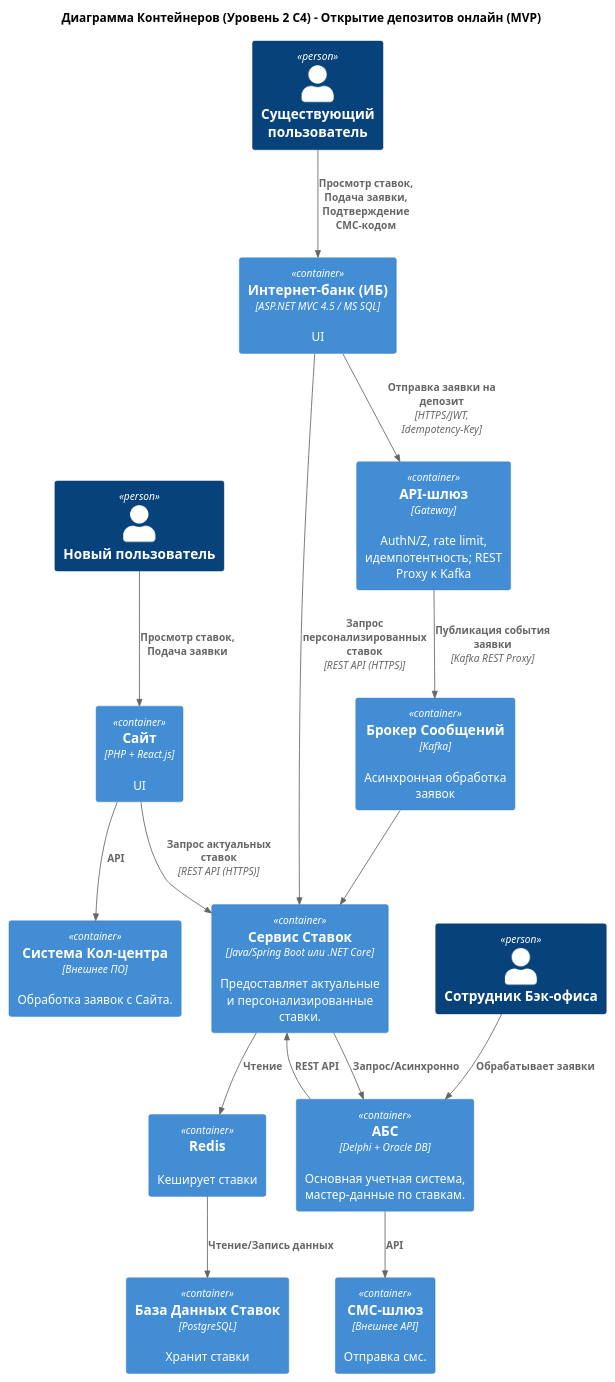
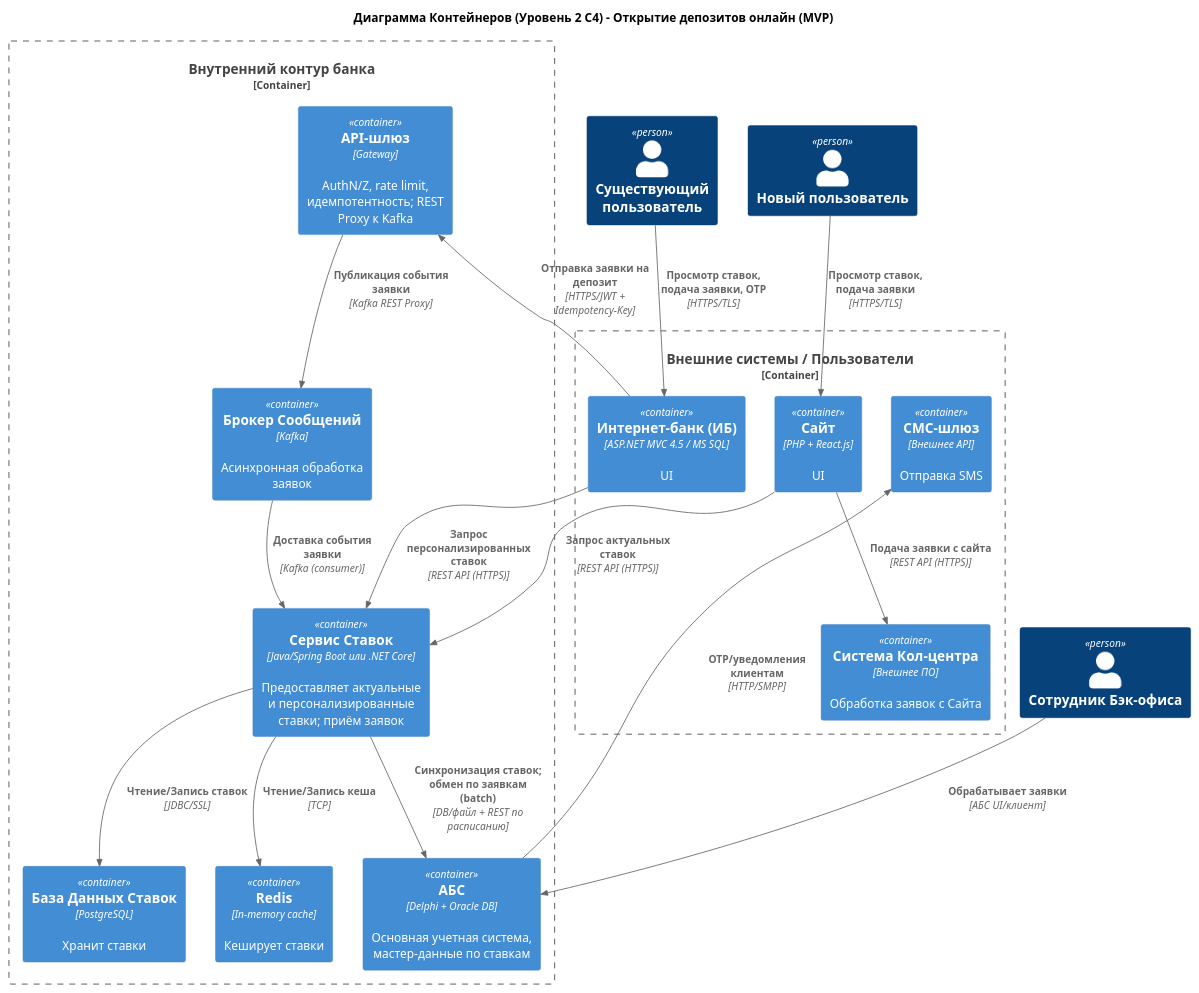
The diagram in task3/Containers.puml (dmitryVargin/acrhitecture-pro-stakeholders), drawn with PlantUML before and after one commit. The commit also changed 2 other files, not shown here.

```diff
--- a/task3/Containers.puml
+++ b/task3/Containers.puml
@@ -2,43 +2,49 @@
 @startuml Containers
 !include https://raw.githubusercontent.com/plantuml-stdlib/C4-PlantUML/master/C4_Container.puml
 
 
 title Диаграмма Контейнеров (Уровень 2 C4) - Открытие депозитов онлайн (MVP)
 
 Person(new_user, "Новый пользователь")
 Person(nexisting_user, "Существующий пользователь")
 Person(bo_manager, "Сотрудник Бэк-офиса")
 
-
-Container(website, "Сайт", "PHP + React.js", "UI")
-Container(ib, "Интернет-банк (ИБ)", "ASP.NET MVC 4.5 / MS SQL","UI")
-Container(abs, "АБС", "Delphi + Oracle DB", "Основная учетная система, мастер-данные по ставкам.")
-Container(scc, "Система Кол-центра", "Внешнее ПО", "Обработка заявок с Сайта.")
-Container(sms_gateway, "СМС-шлюз", "Внешнее API", "Отправка смс.")
-Container(rates_service, "Сервис Ставок", "Java/Spring Boot или .NET Core", "Предоставляет актуальные и персонализированные ставки.")
-Container(rates_db, "База Данных Ставок", "PostgreSQL", "Хранит ставки")
-Container(redis, "Redis", , "Кеширует ставки")
-Container(kafka, "Брокер Сообщений", "Kafka", "Асинхронная обработка заявок")
-Container(api_gateway, "API-шлюз", "Gateway", "AuthN/Z, rate limit, идемпотентность; REST Proxy к Kafka")
+' Границы доверия
+Container_Boundary(ext, "Внешние системы / Пользователи") {
+  Container(website, "Сайт", "PHP + React.js", "UI")
+  Container(ib, "Интернет-банк (ИБ)", "ASP.NET MVC 4.5 / MS SQL","UI")
+  Container(scc, "Система Кол-центра", "Внешнее ПО", "Обработка заявок с Сайта")
+  Container(sms_gateway, "СМС-шлюз", "Внешнее API", "Отправка SMS")
+}
 
 
-Rel(new_user, website, "Просмотр ставок, Подача заявки")
-Rel(nexisting_user, ib, "Просмотр ставок, Подача заявки, Подтверждение СМС-кодом")
-Rel(bo_manager, abs, "Обрабатывает заявки")
+Container_Boundary(internal, "Внутренний контур банка") {
+  Container(api_gateway, "API-шлюз", "Gateway", "AuthN/Z, rate limit, идемпотентность; REST Proxy к Kafka")
+  Container(kafka, "Брокер Сообщений", "Kafka", "Асинхронная обработка заявок")
+
+  Container(rates_service, "Сервис Ставок", "Java/Spring Boot или .NET Core", "Предоставляет актуальные и персонализированные ставки; приём заявок")
+  Container(rates_db, "База Данных Ставок", "PostgreSQL", "Хранит ставки")
+  Container(redis, "Redis", "In-memory cache", "Кеширует ставки")
+  Container(abs, "АБС", "Delphi + Oracle DB", "Основная учетная система, мастер-данные по ставкам")
+}
+
+' Направления и протоколы
+Rel(new_user, website, "Просмотр ставок, подача заявки", "HTTPS/TLS")
+Rel(nexisting_user, ib, "Просмотр ставок, подача заявки, OTP", "HTTPS/TLS")
+Rel(bo_manager, abs, "Обрабатывает заявки", "АБС UI/клиент")
 
 Rel(website, rates_service, "Запрос актуальных ставок", "REST API (HTTPS)")
 Rel(ib, rates_service, "Запрос персонализированных ставок", "REST API (HTTPS)")
 
-Rel(rates_service, redis, "Чтение")
-Rel(redis, rates_db, "Чтение/Запись данных")
-Rel(rates_service, abs, "Запрос/Асинхронно")
+Rel(rates_service, redis, "Чтение/Запись кеша", "TCP")
+Rel(rates_service, rates_db, "Чтение/Запись ставок", "JDBC/SSL")
+Rel(rates_service, abs, "Синхронизация ставок; обмен по заявкам (batch)", "DB/файл + REST по расписанию")
 
-Rel(ib, api_gateway, "Отправка заявки на депозит", "HTTPS/JWT, Idempotency-Key")
+Rel(ib, api_gateway, "Отправка заявки на депозит", "HTTPS/JWT + Idempotency-Key")
 Rel(api_gateway, kafka, "Публикация события заявки", "Kafka REST Proxy")
-Rel(kafka, rates_service, )
+Rel(kafka, rates_service, "Доставка события заявки", "Kafka (consumer)")
 
-Rel(website, scc, "API")
-Rel(abs, rates_service,  "REST API")
-Rel(abs, sms_gateway,  "API")
+Rel(website, scc, "Подача заявки с сайта", "REST API (HTTPS)")
+Rel(abs, sms_gateway, "OTP/уведомления клиентам", "HTTP/SMPP")
 
 @enduml
```
